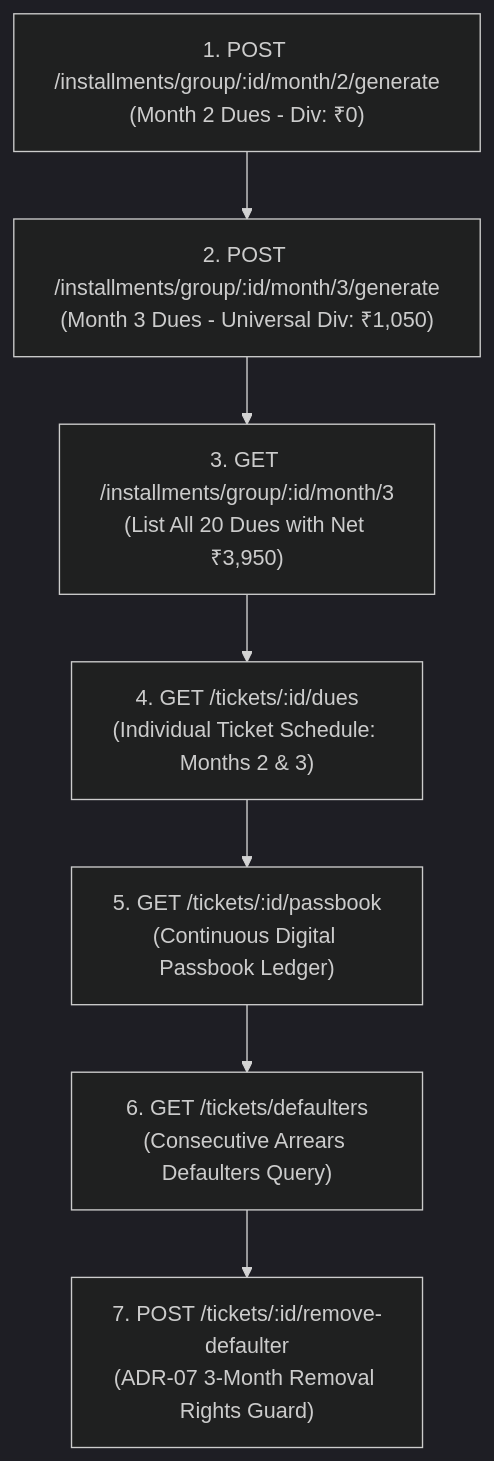
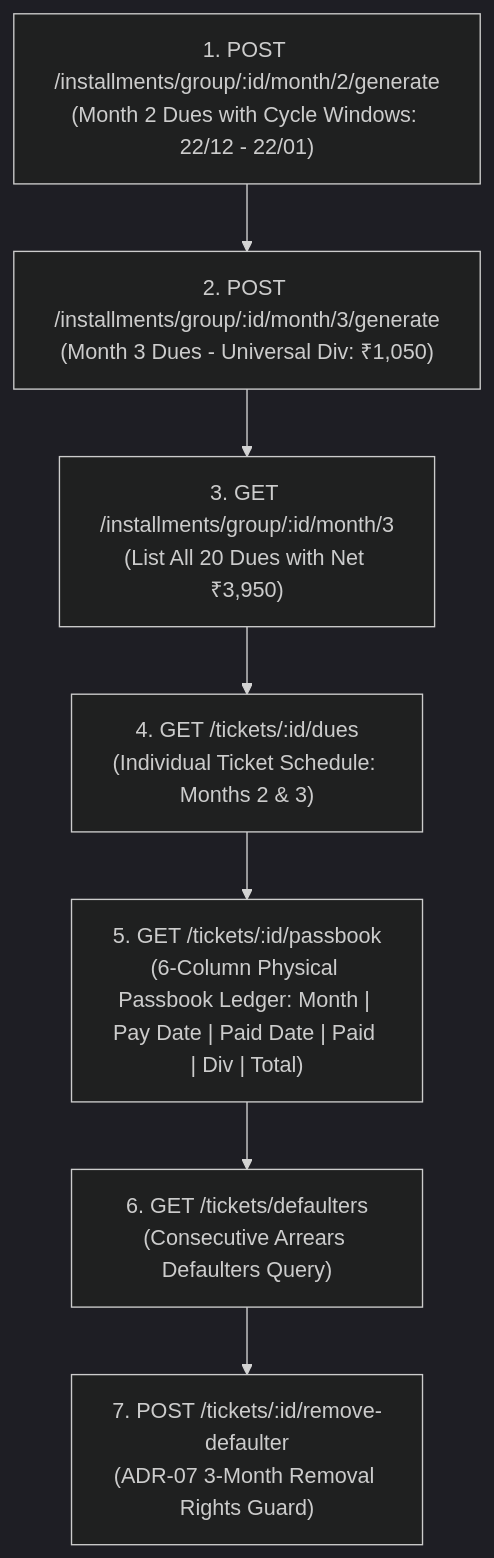
One commit to Kathir-24/Kumaran-finance changed the diagram in apps/api/scripts/docs/lifecycle/lifecycle-5-live-execution-proof-report.md. Above: the diagram before and after it, drawn with Mermaid (dark theme). The commit also changed other lines of this file and 10 other files, not shown here.

Commit message:
feat(disbursement): add Final Month N maturity settlement, cycle dates, and verified Lifecycle 8

````diff
--- a/apps/api/scripts/docs/lifecycle/lifecycle-5-live-execution-proof-report.md
+++ b/apps/api/scripts/docs/lifecycle/lifecycle-5-live-execution-proof-report.md
@@ -16,9 +16,9 @@
 ```mermaid
 flowchart TD
-    A["1. POST /installments/group/:id/month/2/generate\n(Month 2 Dues - Div: ₹0)"] --> B["2. POST /installments/group/:id/month/3/generate\n(Month 3 Dues - Universal Div: ₹1,050)"]
+    A["1. POST /installments/group/:id/month/2/generate\n(Month 2 Dues with Cycle Windows: 22/12 - 22/01)"] --> B["2. POST /installments/group/:id/month/3/generate\n(Month 3 Dues - Universal Div: ₹1,050)"]
     B --> C["3. GET /installments/group/:id/month/3\n(List All 20 Dues with Net ₹3,950)"]
     C --> D["4. GET /tickets/:id/dues\n(Individual Ticket Schedule: Months 2 & 3)"]
-    D --> E["5. GET /tickets/:id/passbook\n(Continuous Digital Passbook Ledger)"]
+    D --> E["5. GET /tickets/:id/passbook\n(6-Column Physical Passbook Ledger: Month | Pay Date | Paid Date | Paid | Div | Total)"]
     E --> F["6. GET /tickets/defaulters\n(Consecutive Arrears Defaulters Query)"]
     F --> G["7. POST /tickets/:id/remove-defaulter\n(ADR-07 3-Month Removal Rights Guard)"]
 ```
````
